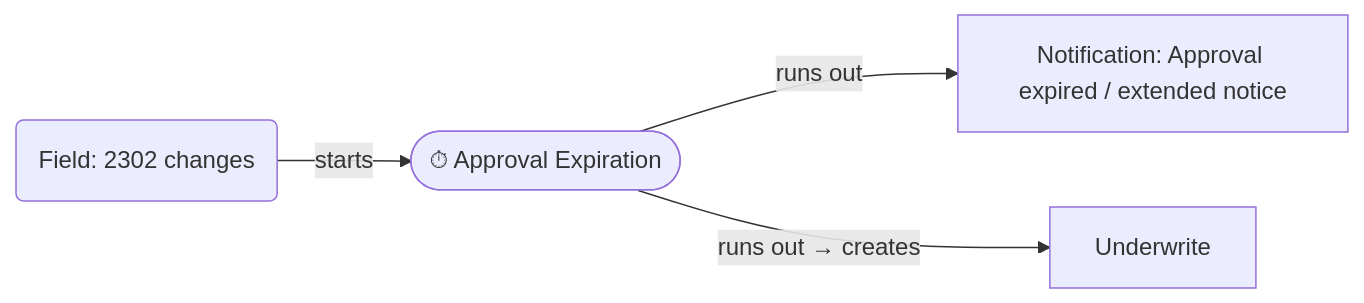
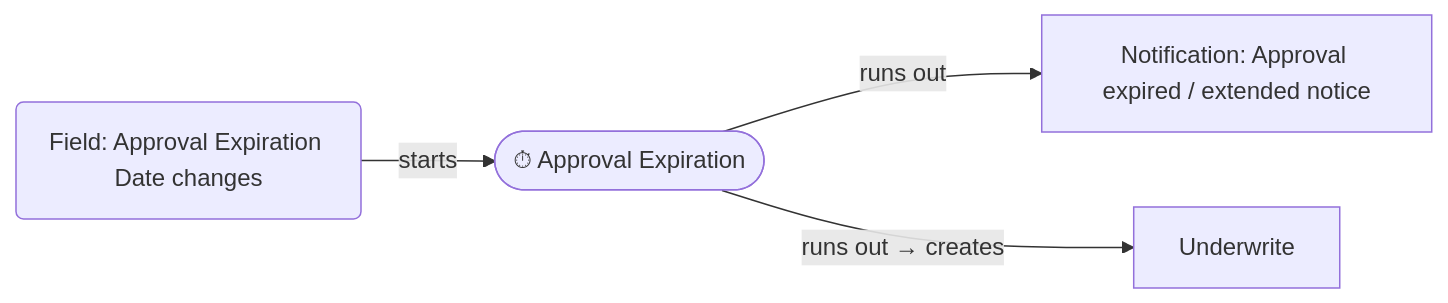
One commit to NewAige/mortgage-tasks changed diagram 11 of 24 in docs/RULES_MAP.md. Above: the diagram before and after it, drawn with Mermaid. The commit also changed other lines of this file and 4 other files, not shown here.

````diff
--- a/docs/RULES_MAP.md
+++ b/docs/RULES_MAP.md
@@ -811,12 +811,12 @@
 ```mermaid
 flowchart LR
     n1(["⏱ Approval Expiration"])
-    n2("Field: 2302 changes")
+    n2("Field: Approval Expiration Date changes")
     n3["Notification: Approval expired / extended notice"]
     n4["Underwrite"]
     n2 -->|"starts"| n1
     n1 -->|"runs out"| n3
     n1 -->|"runs out → creates"| n4
     classDef stub stroke-dasharray: 4 3
     classDef gap stroke-dasharray: 2 4
 ```
````
